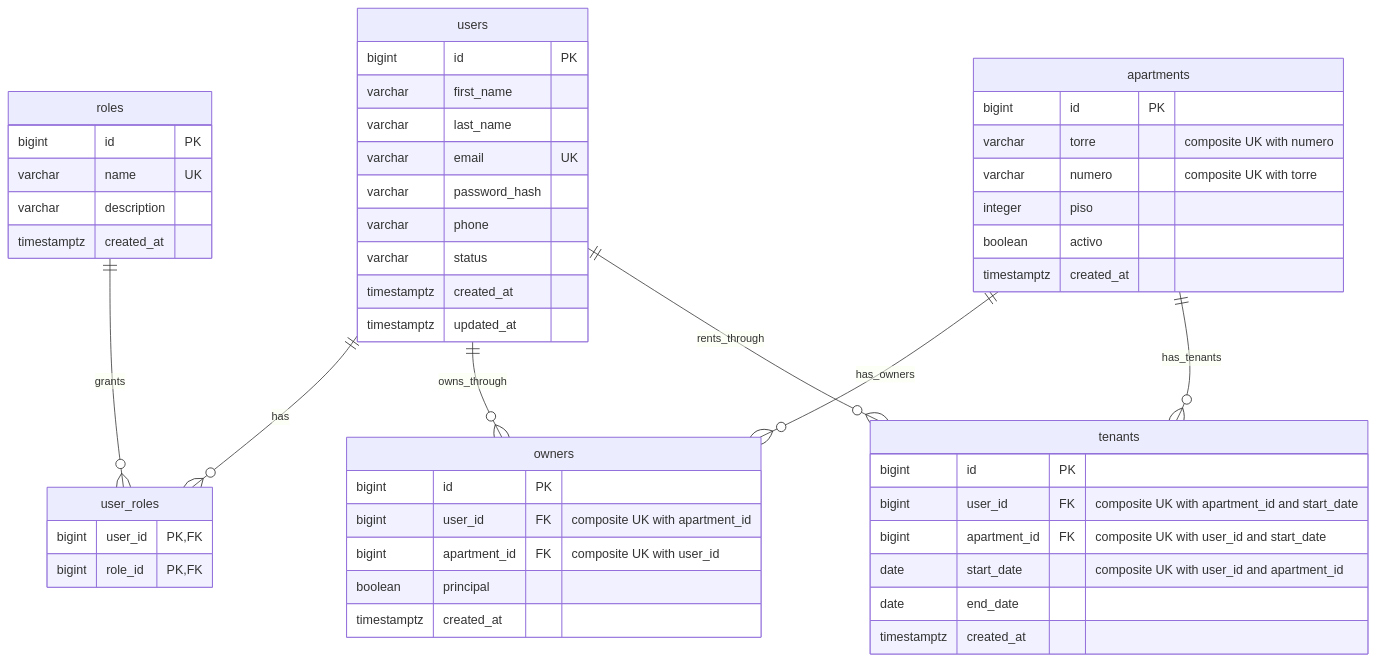
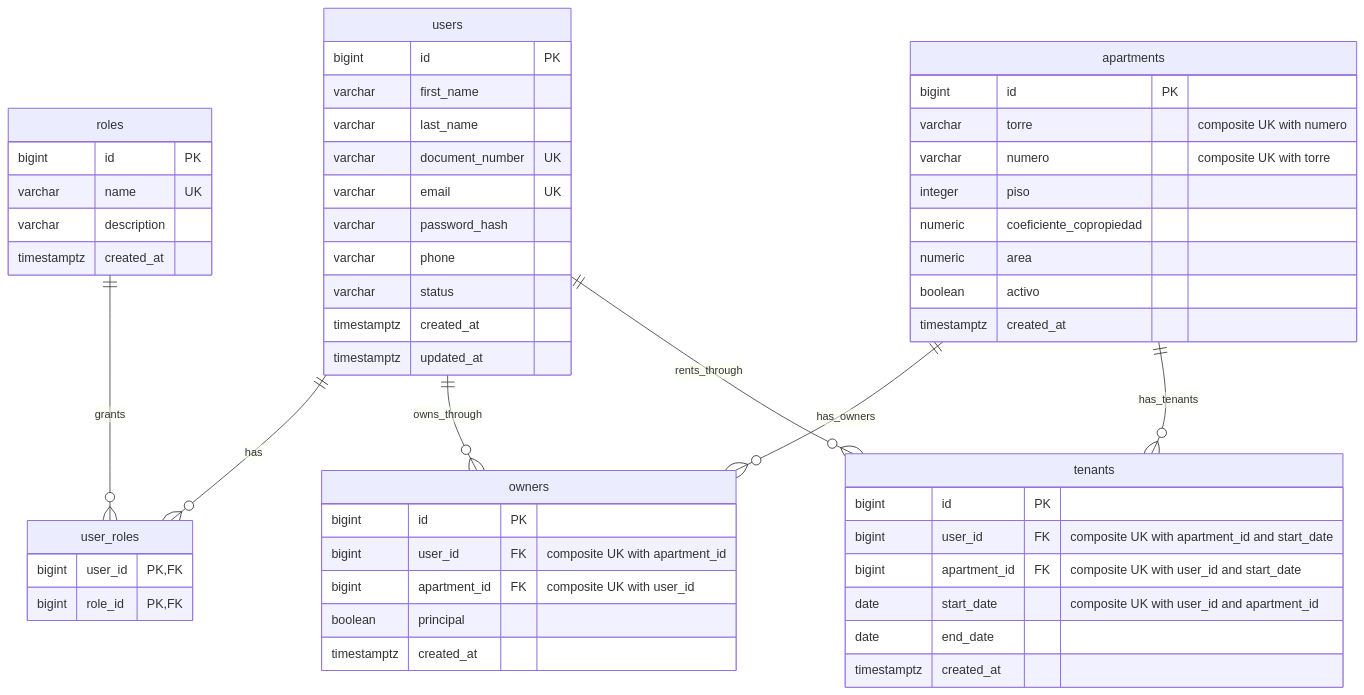
Before and after one commit to GestionResidencialPoli/gr-user-microservice: the diagram in docs/arquitectura/modelo-identidad.mmd, drawn with Mermaid. The commit also changed 28 other files, not shown here.

```diff
--- a/docs/arquitectura/modelo-identidad.mmd
+++ b/docs/arquitectura/modelo-identidad.mmd
@@ -1,57 +1,60 @@
 erDiagram
     roles {
         bigint id PK
         varchar name UK
         varchar description
         timestamptz created_at
     }
 
     users {
         bigint id PK
         varchar first_name
         varchar last_name
+        varchar document_number UK
         varchar email UK
         varchar password_hash
         varchar phone
         varchar status
         timestamptz created_at
         timestamptz updated_at
     }
 
     user_roles {
         bigint user_id PK,FK
         bigint role_id PK,FK
     }
 
     apartments {
         bigint id PK
         varchar torre "composite UK with numero"
         varchar numero "composite UK with torre"
         integer piso
+        numeric coeficiente_copropiedad
+        numeric area
         boolean activo
         timestamptz created_at
     }
 
     owners {
         bigint id PK
         bigint user_id FK "composite UK with apartment_id"
         bigint apartment_id FK "composite UK with user_id"
         boolean principal
         timestamptz created_at
     }
 
     tenants {
         bigint id PK
         bigint user_id FK "composite UK with apartment_id and start_date"
         bigint apartment_id FK "composite UK with user_id and start_date"
         date start_date "composite UK with user_id and apartment_id"
         date end_date
         timestamptz created_at
     }
 
     users ||--o{ user_roles : has
     roles ||--o{ user_roles : grants
     users ||--o{ owners : owns_through
     apartments ||--o{ owners : has_owners
     users ||--o{ tenants : rents_through
     apartments ||--o{ tenants : has_tenants
```
